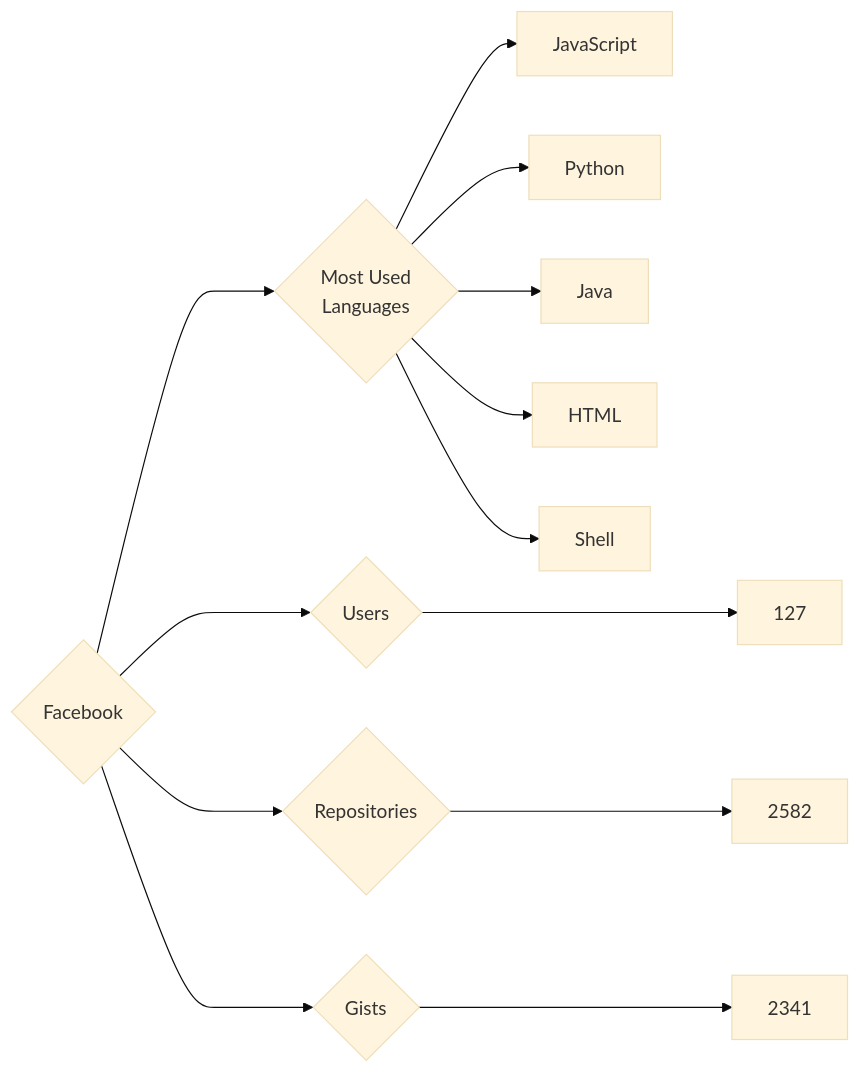
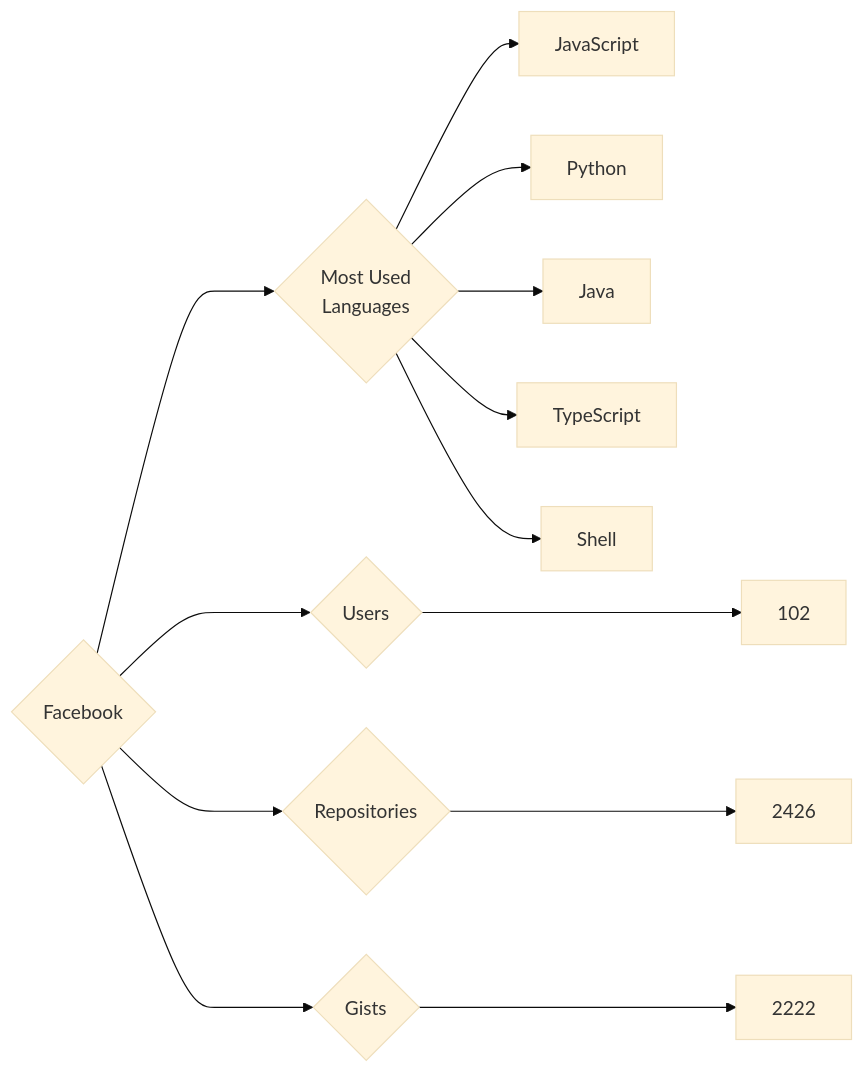
The diagram in targets/Facebook/README.md (trickest/insiders), drawn with Mermaid (base theme) before and after one commit. The commit also changed 888 other files, not shown here.

````diff
--- a/targets/Facebook/README.md
+++ b/targets/Facebook/README.md
@@ -3,13 +3,13 @@
 ```mermaid
 graph LR
 COMPANY_NAME{Facebook}
-COMPANY_NAME ---> U{Users} ---> UN[127]
-COMPANY_NAME ---> R{Repositories} ---> RN[2582]
-COMPANY_NAME ---> G{Gists} ---> GN[2341]
+COMPANY_NAME ---> U{Users} ---> UN[102]
+COMPANY_NAME ---> R{Repositories} ---> RN[2426]
+COMPANY_NAME ---> G{Gists} ---> GN[2222]
 COMPANY_NAME ---> ML{Most Used<br>Languages}
 ML --> JavaScript[JavaScript]
 ML --> Python[Python]
 ML --> Java[Java]
-ML --> HTML[HTML]
+ML --> TypeScript[TypeScript]
 ML --> Shell[Shell]
 ```
````
